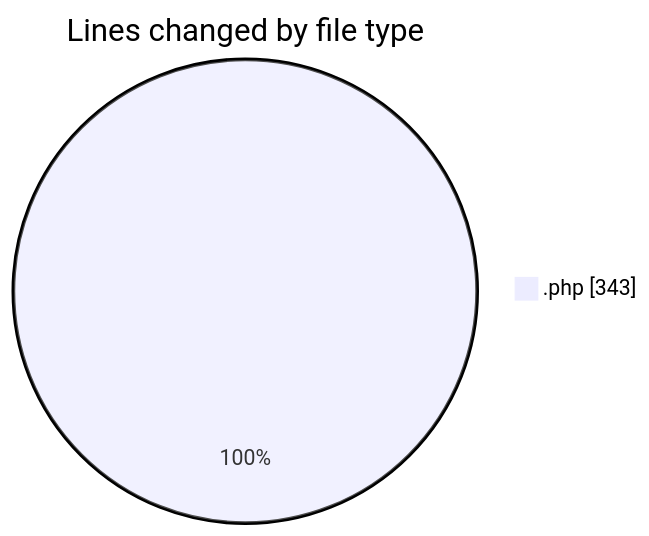
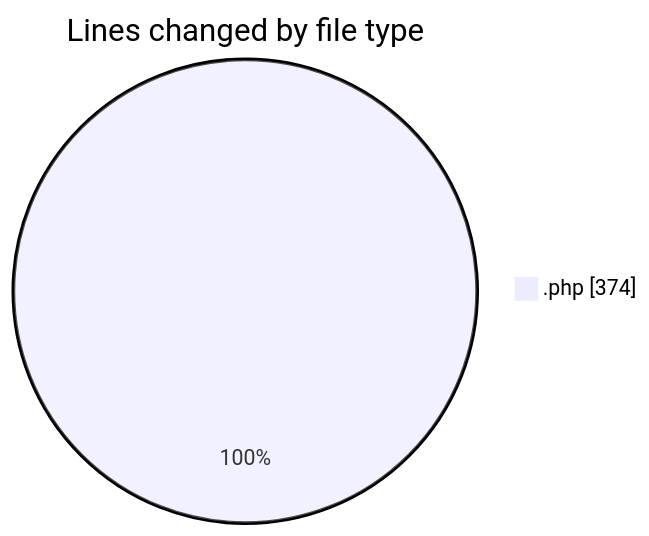
One commit to LanceThiago/code-tracking changed the first of 2 diagrams in 2026-08-25/jogo/README.md. Above: the diagram before and after it, drawn with Mermaid. The commit also changed other lines of this file and 1 other file, not shown here.

````diff
--- a/2026-08-25/jogo/README.md
+++ b/2026-08-25/jogo/README.md
@@ -21,5 +21,5 @@
 ```mermaid
 pie showData
 title Lines changed by file type
-".php" : 343
+".php" : 374
 ```
````
